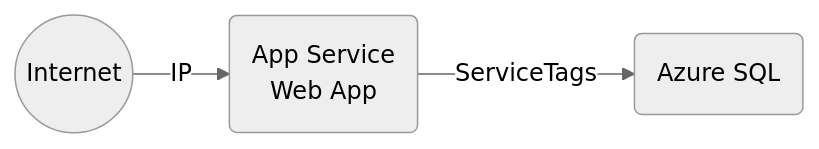
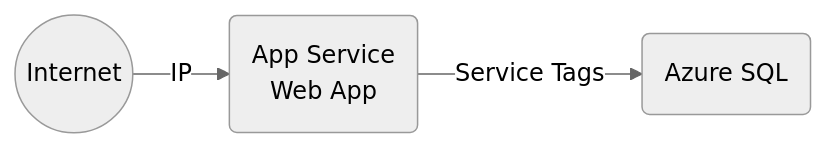
One commit to msalemor/app-services-networking changed the second of 6 diagrams in README.md. Above: the diagram before and after it, drawn with Mermaid (neutral theme). The commit also changed other lines of this file, not shown here.

````diff
--- a/README.md
+++ b/README.md
@@ -28,5 +28,5 @@
 ```mermaid
 graph LR;
     A((Internet))-- IP -->B(App Service<br/>Web App);
-    B-- ServiceTags -->C(Azure SQL);
+    B-- Service Tags -->C(Azure SQL);
 ```
````
